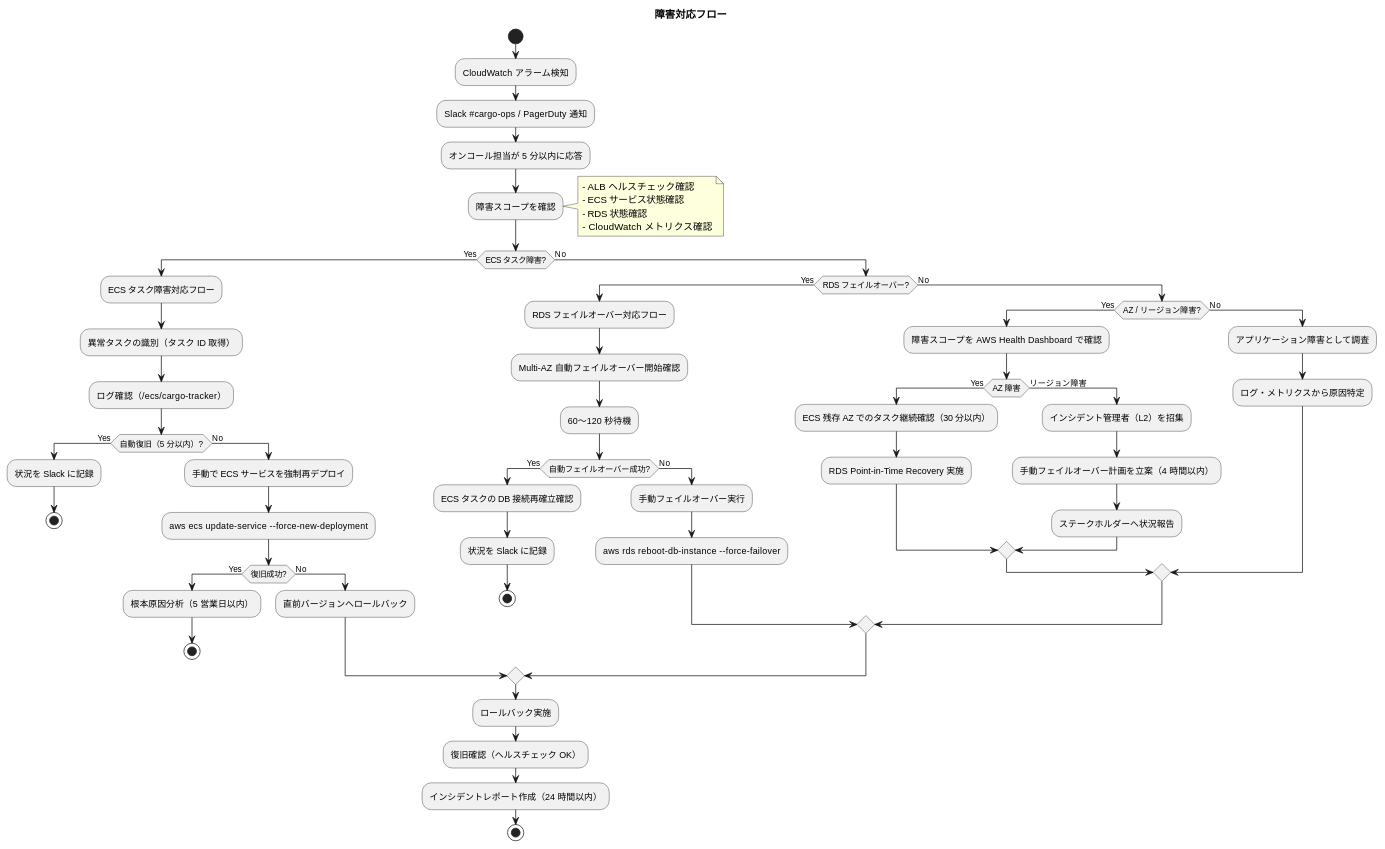
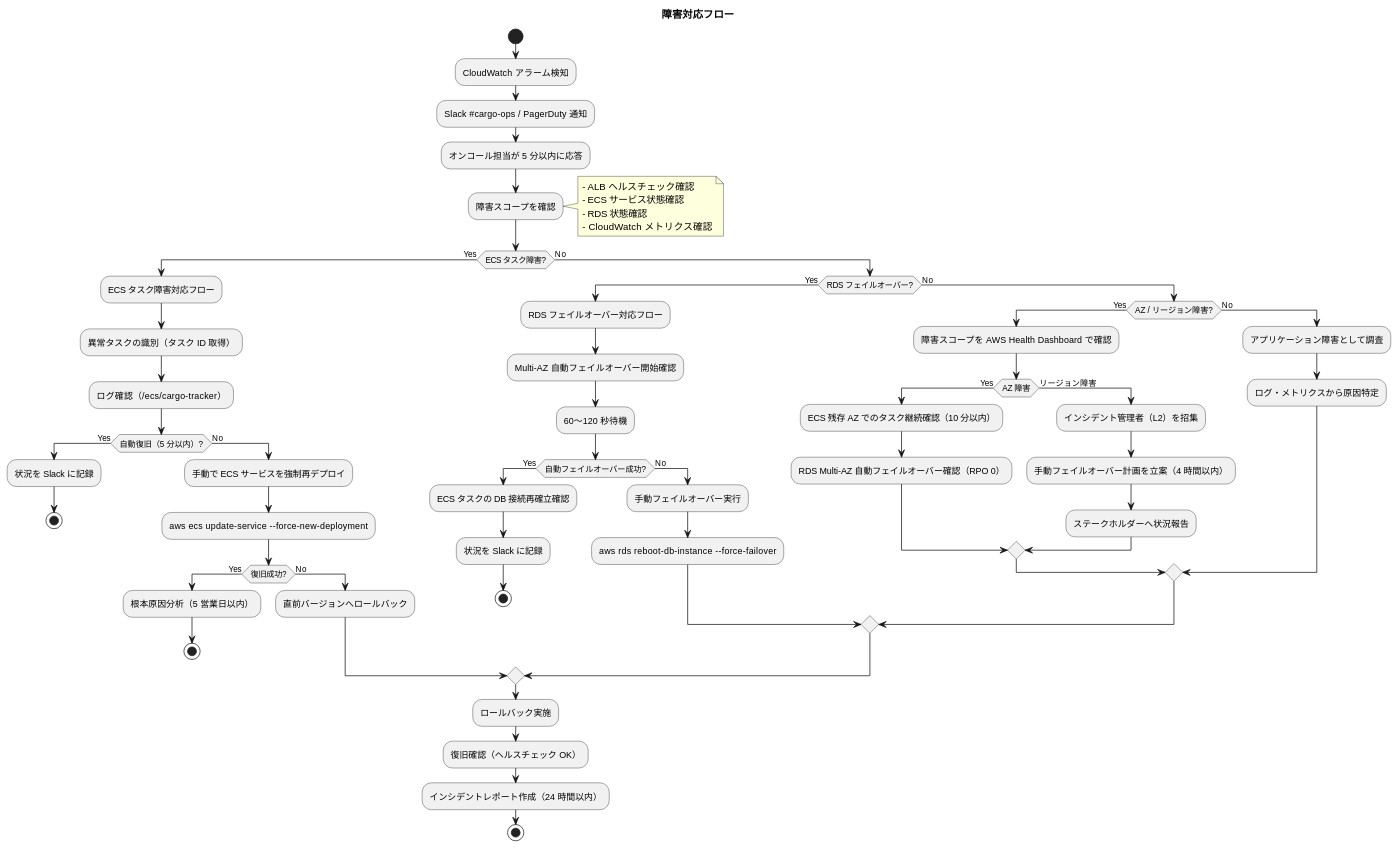
The third of 4 diagrams in docs/design/operation.md (k2works/case-study-cargo-tracker), drawn with PlantUML before and after one commit. The commit also changed other lines of this file and 8 other files, not shown here.

````diff
--- a/docs/design/operation.md
+++ b/docs/design/operation.md
@@ -443,74 +447,74 @@
 ```plantuml
 @startuml
 title 障害対応フロー
 
 start
 
 :CloudWatch アラーム検知;
 :Slack #cargo-ops / PagerDuty 通知;
 
 :オンコール担当が 5 分以内に応答;
 
 :障害スコープを確認;
 note right
   - ALB ヘルスチェック確認
   - ECS サービス状態確認
   - RDS 状態確認
   - CloudWatch メトリクス確認
 end note
 
 if (ECS タスク障害?) then (Yes)
   :ECS タスク障害対応フロー;
   :異常タスクの識別（タスク ID 取得）;
   :ログ確認（/ecs/cargo-tracker）;
   if (自動復旧（5 分以内）?) then (Yes)
     :状況を Slack に記録;
     stop
   else (No)
     :手動で ECS サービスを強制再デプロイ;
     :aws ecs update-service --force-new-deployment;
     if (復旧成功?) then (Yes)
       :根本原因分析（5 営業日以内）;
       stop
     else (No)
       :直前バージョンへロールバック;
     end if
   end if
 else (No)
   if (RDS フェイルオーバー?) then (Yes)
     :RDS フェイルオーバー対応フロー;
     :Multi-AZ 自動フェイルオーバー開始確認;
     :60〜120 秒待機;
     if (自動フェイルオーバー成功?) then (Yes)
       :ECS タスクの DB 接続再確立確認;
       :状況を Slack に記録;
       stop
     else (No)
       :手動フェイルオーバー実行;
       :aws rds reboot-db-instance --force-failover;
     end if
   else (No)
     if (AZ / リージョン障害?) then (Yes)
       :障害スコープを AWS Health Dashboard で確認;
       if (AZ 障害) then (Yes)
-        :ECS 残存 AZ でのタスク継続確認（30 分以内）;
-        :RDS Point-in-Time Recovery 実施;
+        :ECS 残存 AZ でのタスク継続確認（10 分以内）;
+        :RDS Multi-AZ 自動フェイルオーバー確認（RPO 0）;
       else (リージョン障害)
         :インシデント管理者（L2）を招集;
         :手動フェイルオーバー計画を立案（4 時間以内）;
         :ステークホルダーへ状況報告;
       end if
     else (No)
       :アプリケーション障害として調査;
       :ログ・メトリクスから原因特定;
     end if
   end if
 end if
 
 :ロールバック実施;
 :復旧確認（ヘルスチェック OK）;
 :インシデントレポート作成（24 時間以内）;
 stop
 
 @enduml
 ```
````
